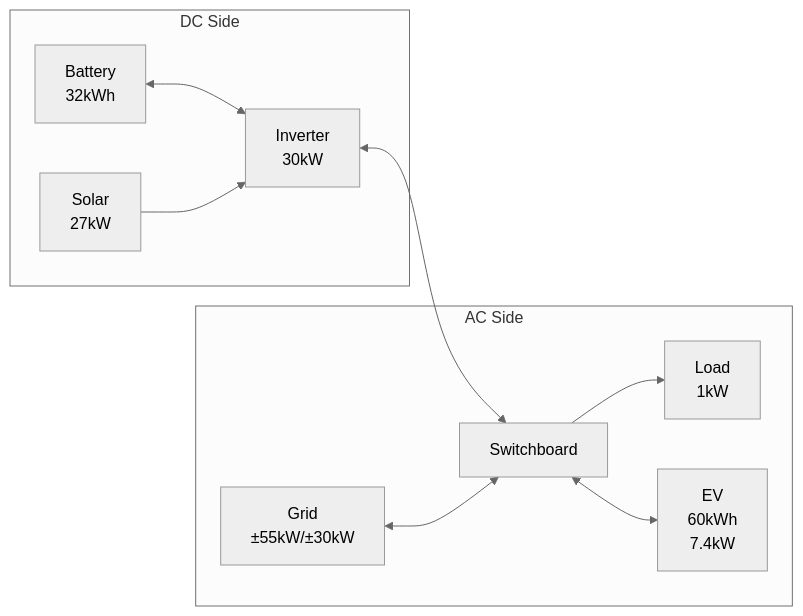
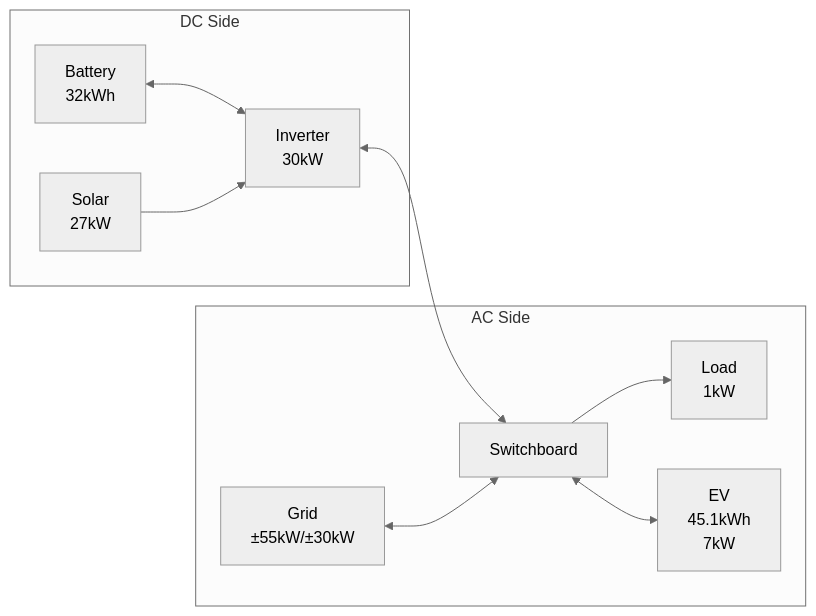
The diagram in docs/walkthroughs/adding-an-ev.md (hass-energy/haeo), drawn with Mermaid (neutral theme) before and after one commit. The commit also changed other lines of this file and 11 other files, not shown here.

````diff
--- a/docs/walkthroughs/adding-an-ev.md
+++ b/docs/walkthroughs/adding-an-ev.md
@@ -13,14 +14,14 @@
 ```mermaid
 graph LR
     subgraph DC Side
         Battery[Battery<br/>32kWh] <--> Inverter
         Solar[Solar<br/>27kW] --> Inverter
     end
 
     subgraph AC Side
         Inverter[Inverter<br/>30kW] <--> Switchboard[Switchboard]
         Grid[Grid<br/>±55kW/±30kW] <--> Switchboard
         Switchboard --> Load[Load<br/>1kW]
-        Switchboard <--> EV[EV<br/>60kWh<br/>7.4kW]
+        Switchboard <--> EV[EV<br/>45.1kWh<br/>7kW]
     end
 ```
````
